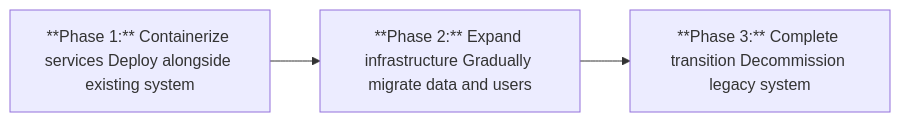
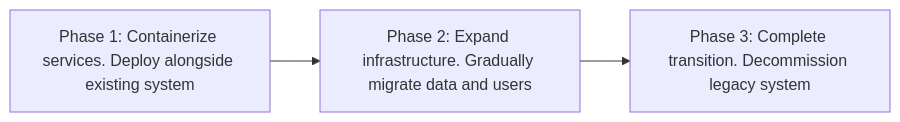
Before and after one commit to Synthixi/CRS-2.0: the first of 4 diagrams in README.md, drawn with Mermaid.

Commit message:
fix mermaid syntax for phase diagram

````diff
--- a/README.md
+++ b/README.md
@@ -238,8 +238,9 @@
 ```mermaid
 flowchart LR
-    P1["**Phase 1:** Containerize services Deploy alongside existing system"]
-    P2["**Phase 2:** Expand infrastructure Gradually migrate data and users"]
-    P3["**Phase 3:** Complete transition Decommission legacy system"]
+    P1[Phase 1: Containerize services. Deploy alongside existing system]
+    P2[Phase 2: Expand infrastructure. Gradually migrate data and users]
+    P3[Phase 3: Complete transition. Decommission legacy system]
 
-    P1 --> P2 --> P3
+    P1 --> P2
+    P2 --> P3
 ```
````
